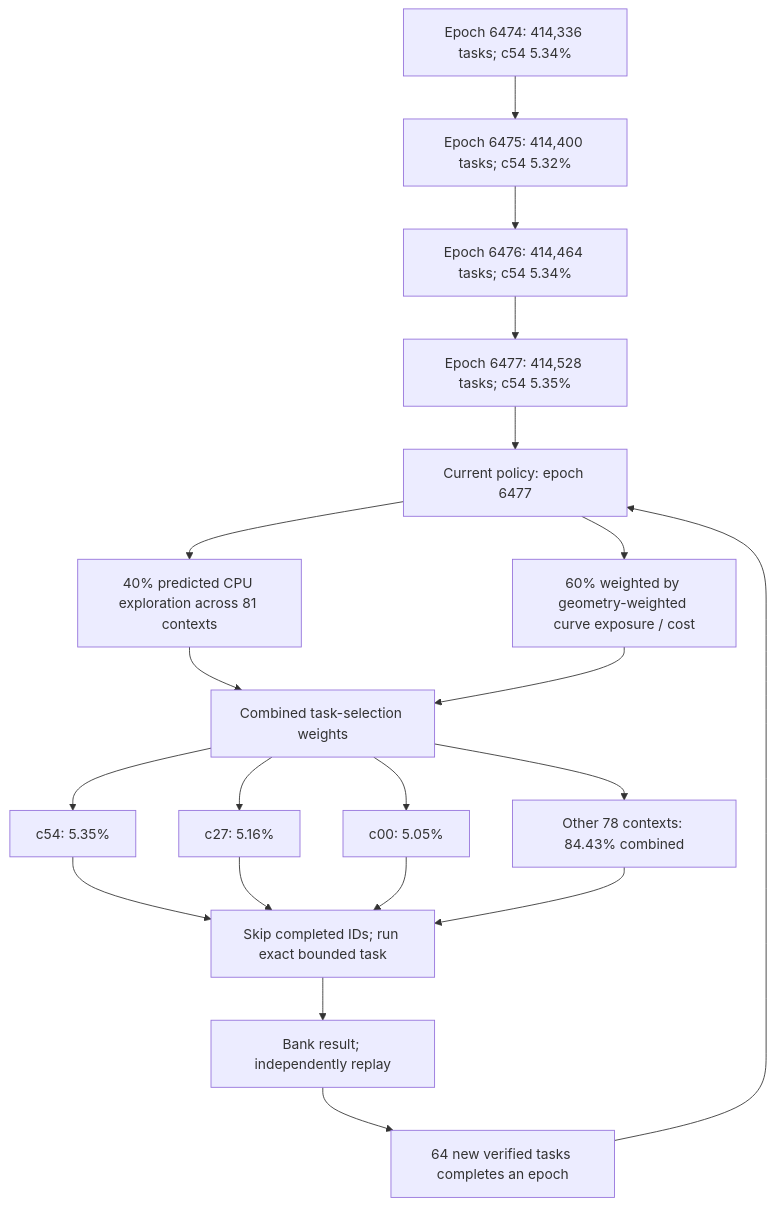
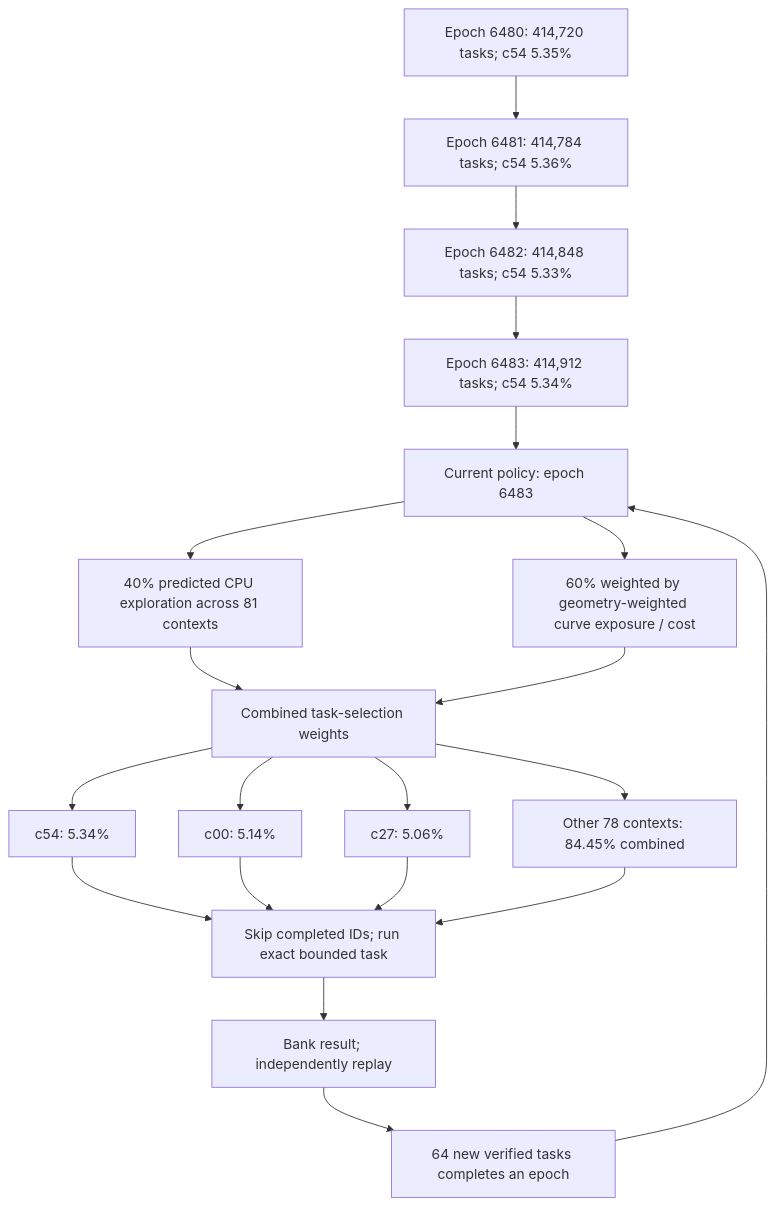
The first of 4 diagrams in README.md (Kuberwastaken/math-gambling), drawn with Mermaid before and after one commit. The commit also changed other lines of this file and 1374 other files, not shown here.

````diff
--- a/README.md
+++ b/README.md
@@ -60,27 +60,27 @@
 ```mermaid
 flowchart TD
-    H0["Epoch 6474: 414,336 tasks; c54 5.34%"]
-    H1["Epoch 6475: 414,400 tasks; c54 5.32%"]
+    H0["Epoch 6480: 414,720 tasks; c54 5.35%"]
+    H1["Epoch 6481: 414,784 tasks; c54 5.36%"]
     H0 --> H1
-    H2["Epoch 6476: 414,464 tasks; c54 5.34%"]
+    H2["Epoch 6482: 414,848 tasks; c54 5.33%"]
     H1 --> H2
-    H3["Epoch 6477: 414,528 tasks; c54 5.35%"]
+    H3["Epoch 6483: 414,912 tasks; c54 5.34%"]
     H2 --> H3
-    Policy["Current policy: epoch 6477"]
+    Policy["Current policy: epoch 6483"]
     H3 --> Policy
     Policy --> Explore["40% predicted CPU exploration across 81 contexts"]
     Policy --> Cost["60% weighted by geometry-weighted curve exposure / cost"]
     Explore --> Mix["Combined task-selection weights"]
     Cost --> Mix
-    Mix --> C0["c54: 5.35%"]
-    Mix --> C1["c27: 5.16%"]
-    Mix --> C2["c00: 5.05%"]
-    Mix --> Rest["Other 78 contexts: 84.43% combined"]
+    Mix --> C0["c54: 5.34%"]
+    Mix --> C1["c00: 5.14%"]
+    Mix --> C2["c27: 5.06%"]
+    Mix --> Rest["Other 78 contexts: 84.45% combined"]
     C0 --> Check["Skip completed IDs; run exact bounded task"]
     C1 --> Check
     C2 --> Check
     Rest --> Check
     Check --> Replay["Bank result; independently replay"]
     Replay --> Gate["64 new verified tasks completes an epoch"]
     Gate --> Policy
 ```
````
